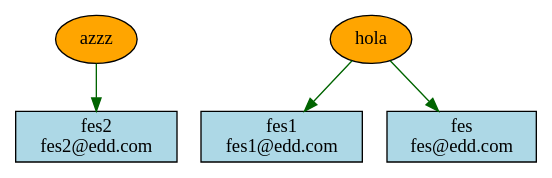
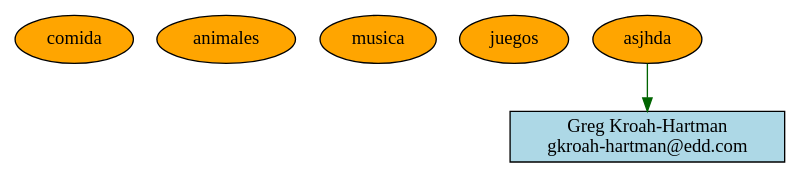
One commit to Fer-espana/Prueba03 changed the diagram in EDDMail/Root-Reportes/comunidades.dot. Above: the diagram before and after it, drawn with Graphviz. The commit also changed 23 other files, not shown here.

```diff
--- a/EDDMail/Root-Reportes/comunidades.dot
+++ b/EDDMail/Root-Reportes/comunidades.dot
@@ -1,16 +1,18 @@
 digraph Comunidades {
   rankdir=TB;
   node [shape=box, style=filled, fillcolor=lightblue];
   edge [color=darkgreen];
 
-  "azzz" [shape=ellipse, fillcolor=orange];
-  "fes2@edd.com" [label="fes2\nfes2@edd.com"];
-  "azzz" -> "fes2@edd.com";
+  "comida" [shape=ellipse, fillcolor=orange];
 
-  "hola" [shape=ellipse, fillcolor=orange];
-  "fes1@edd.com" [label="fes1\nfes1@edd.com"];
-  "hola" -> "fes1@edd.com";
-  "fes@edd.com" [label="fes\nfes@edd.com"];
-  "hola" -> "fes@edd.com";
+  "animales" [shape=ellipse, fillcolor=orange];
+
+  "musica" [shape=ellipse, fillcolor=orange];
+
+  "juegos" [shape=ellipse, fillcolor=orange];
+
+  "asjhda" [shape=ellipse, fillcolor=orange];
+  "gkroah-hartman@edd.com" [label="Greg Kroah-Hartman\ngkroah-hartman@edd.com"];
+  "asjhda" -> "gkroah-hartman@edd.com";
 
 }
```
